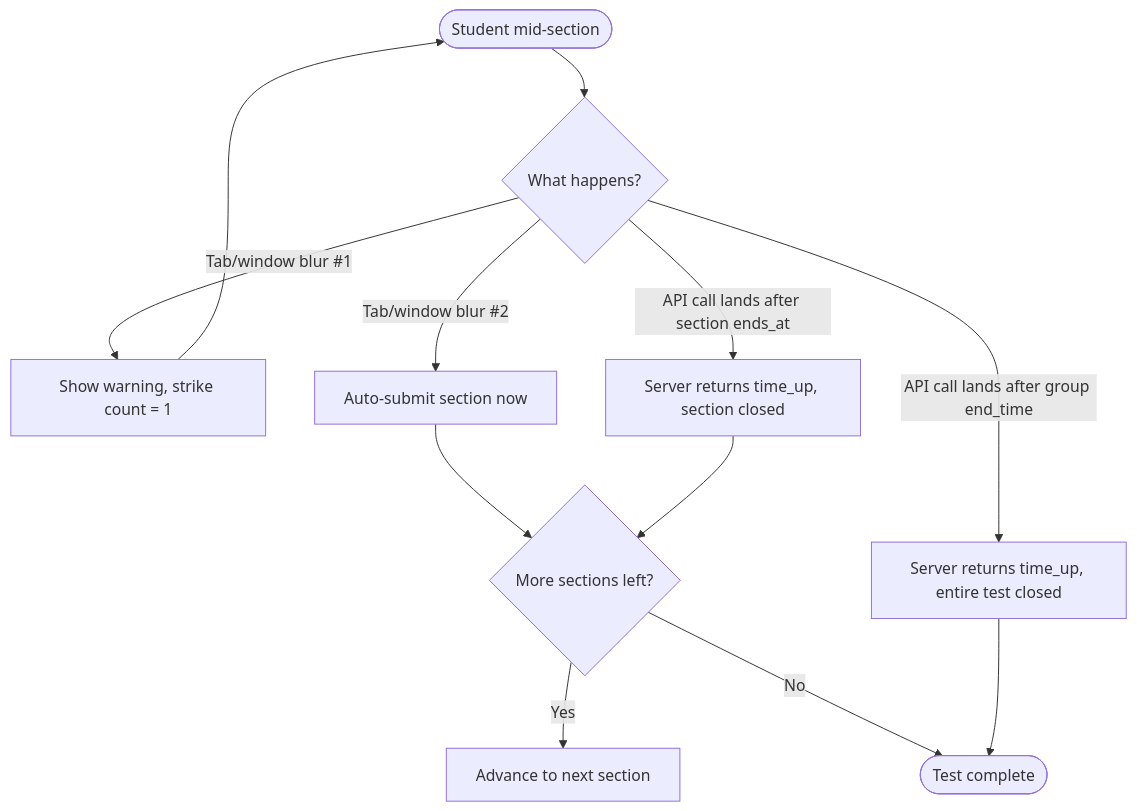
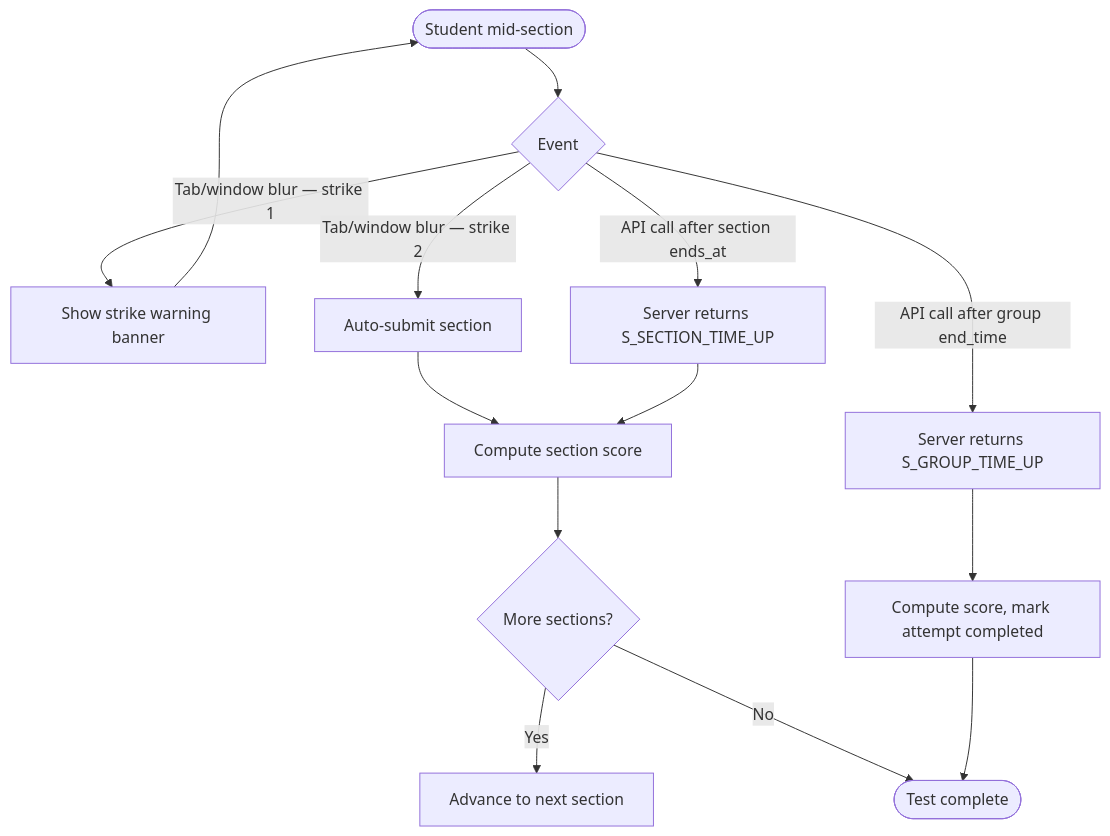
The fourth of 6 diagrams in docs/flow.md (bawas07/test-platform), drawn with Mermaid before and after one commit. The commit also changed other lines of this file, not shown here.

First line of the commit message:
Revise flow documentation for clarity and structure

````diff
--- a/docs/flow.md
+++ b/docs/flow.md
@@ -73,18 +100,16 @@
 ```mermaid
 flowchart TD
-    InSection([Student mid-section]) --> Event{What happens?}
-
-    Event -->|Tab/window blur #1| Warn[Show warning, strike count = 1]
+    InSection([Student mid-section]) --> Event{Event}
+    Event -->|Tab/window blur — strike 1| Warn[Show strike warning banner]
     Warn --> InSection
-
-    Event -->|Tab/window blur #2| ForceClose1[Auto-submit section now]
-
-    Event -->|API call lands after section ends_at| ForceClose2[Server returns time_up, section closed]
-    Event -->|API call lands after group end_time| ForceClose3[Server returns time_up, entire test closed]
-
-    ForceClose1 --> NextOrEnd{More sections left?}
-    ForceClose2 --> NextOrEnd
-    NextOrEnd -->|Yes| NextSection[Advance to next section]
-    NextOrEnd -->|No| Complete([Test complete])
-    ForceClose3 --> Complete
+    Event -->|Tab/window blur — strike 2| ForceClose1[Auto-submit section]
+    Event -->|API call after section ends_at| ForceClose2[Server returns S_SECTION_TIME_UP]
+    Event -->|API call after group end_time| ForceClose3[Server returns S_GROUP_TIME_UP]
+    ForceClose1 --> Score[Compute section score]
+    ForceClose2 --> Score
+    Score --> More{More sections?}
+    More -->|Yes| Next[Advance to next section]
+    More -->|No| Complete([Test complete])
+    ForceClose3 --> FinalScore[Compute score, mark attempt completed]
+    FinalScore --> Complete
 ```
````
